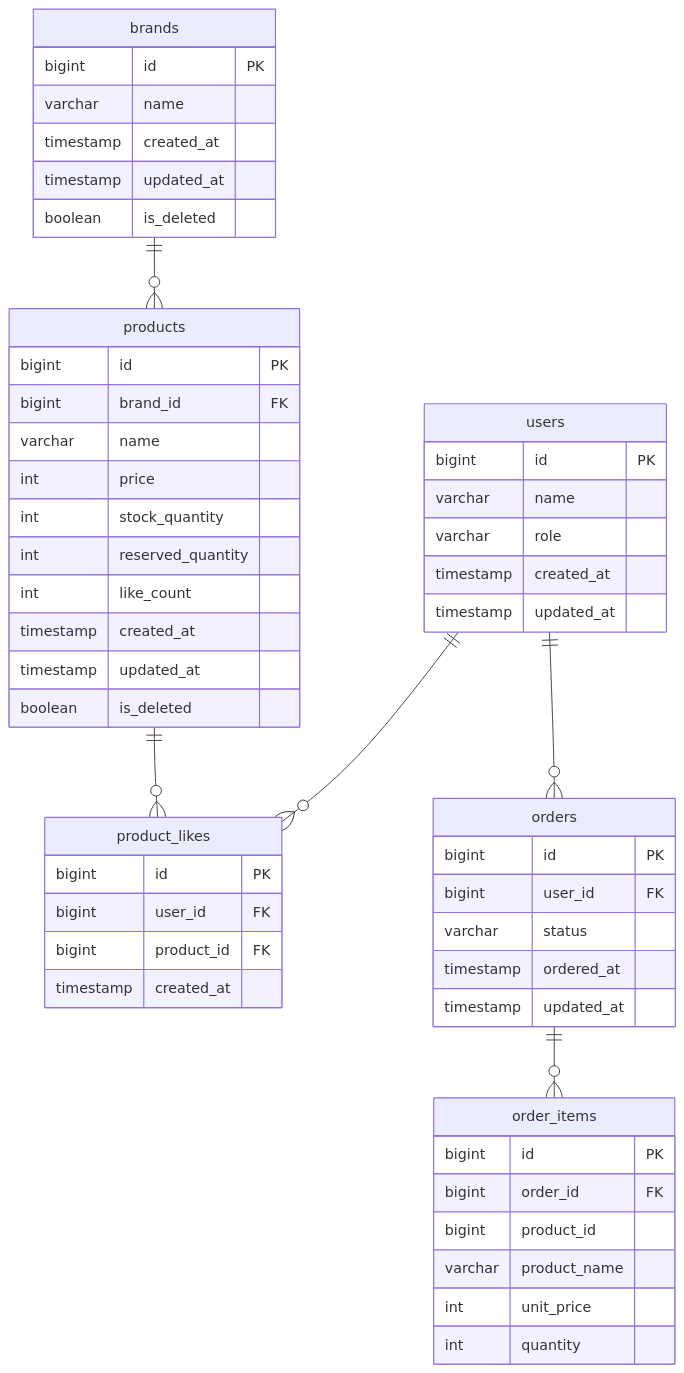
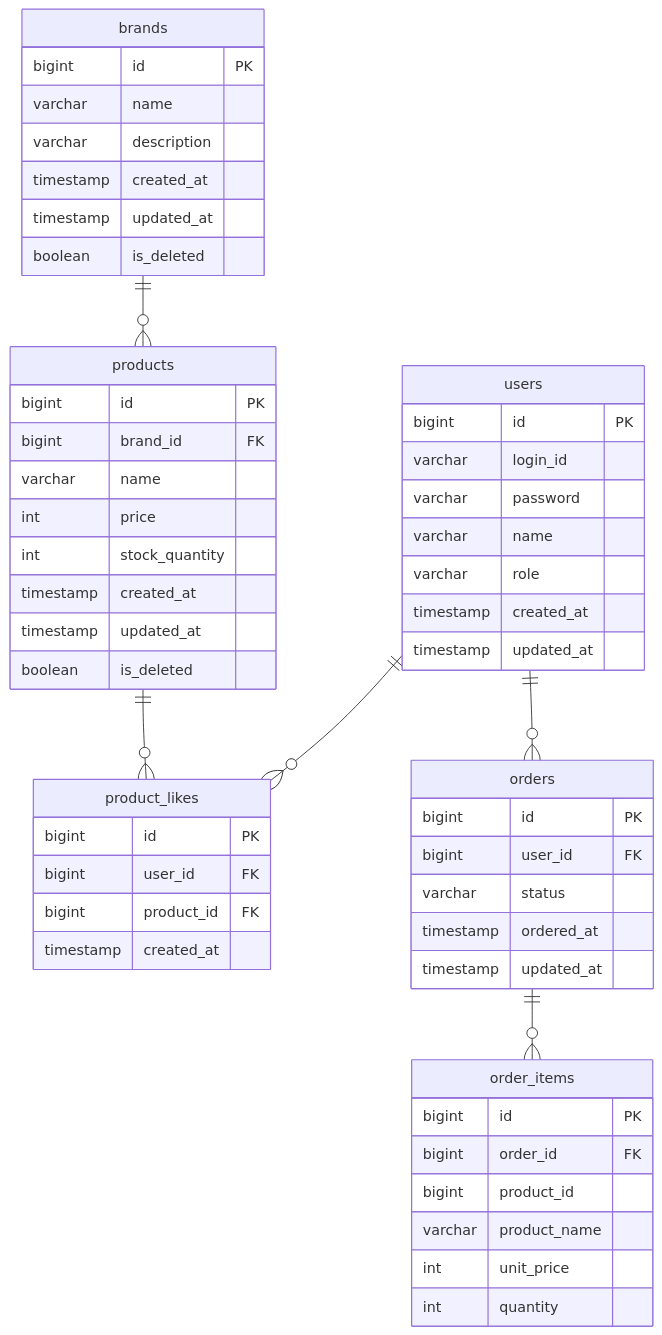
Before and after one commit to kimjunyoung90/loop-pack-be-l2-vol3-java: the diagram in docs/design/04-erd.md, drawn with Mermaid. The commit also changed 3 other files, not shown here.

````diff
--- a/docs/design/04-erd.md
+++ b/docs/design/04-erd.md
@@ -5,61 +5,62 @@
 ```mermaid
 erDiagram
     users {
         bigint id PK
+        varchar login_id
+        varchar password
         varchar name
         varchar role
         timestamp created_at
         timestamp updated_at
     }
 
     brands {
         bigint id PK
         varchar name
+        varchar description
         timestamp created_at
         timestamp updated_at
         boolean is_deleted
     }
 
     products {
         bigint id PK
         bigint brand_id FK
         varchar name
         int price
         int stock_quantity
-        int reserved_quantity
-        int like_count
         timestamp created_at
         timestamp updated_at
         boolean is_deleted
     }
 
     product_likes {
         bigint id PK
         bigint user_id FK
         bigint product_id FK
         timestamp created_at
     }
 
     orders {
         bigint id PK
         bigint user_id FK
         varchar status
         timestamp ordered_at
         timestamp updated_at
     }
 
     order_items {
         bigint id PK
         bigint order_id FK
         bigint product_id
         varchar product_name
         int unit_price
         int quantity
     }
 
     users ||--o{ product_likes : ""
     users ||--o{ orders : ""
     brands ||--o{ products : ""
     products ||--o{ product_likes : ""
     orders ||--o{ order_items : ""
 ```
````
